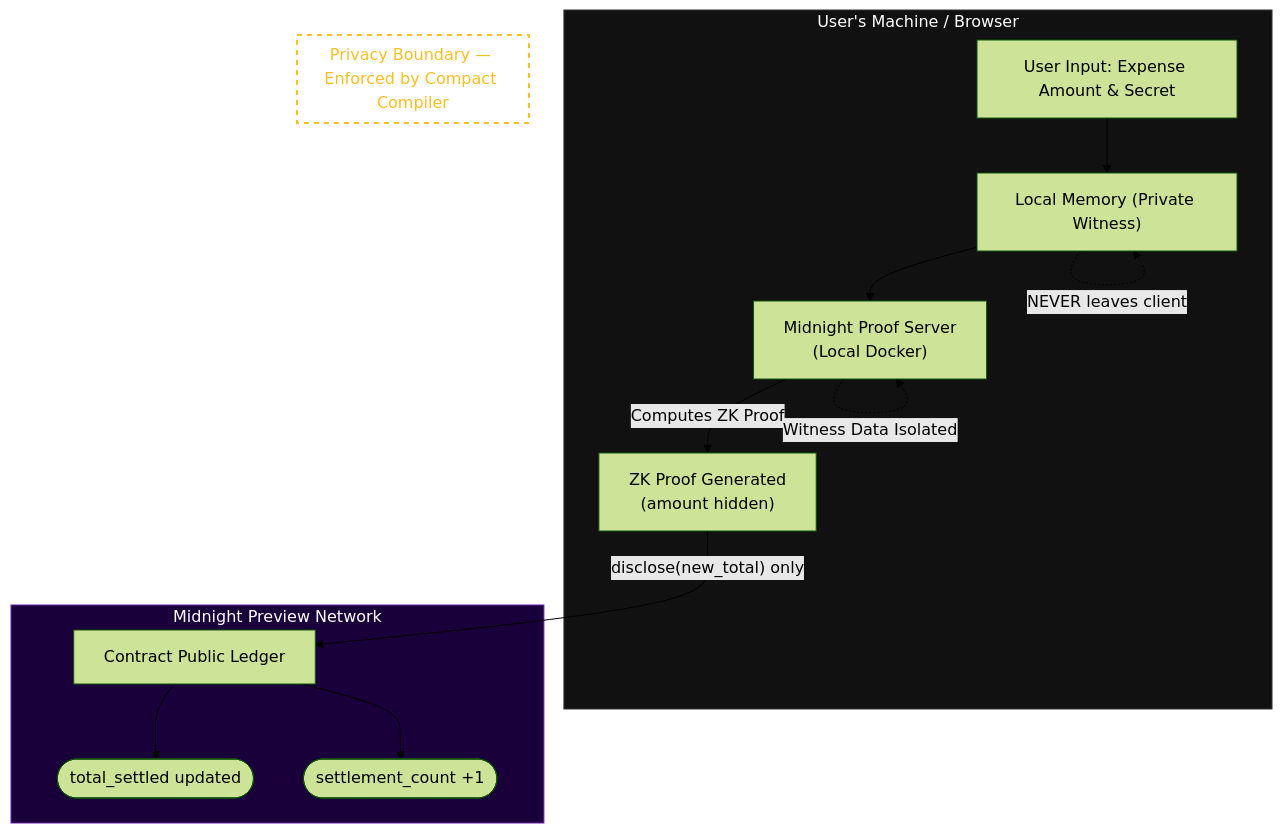
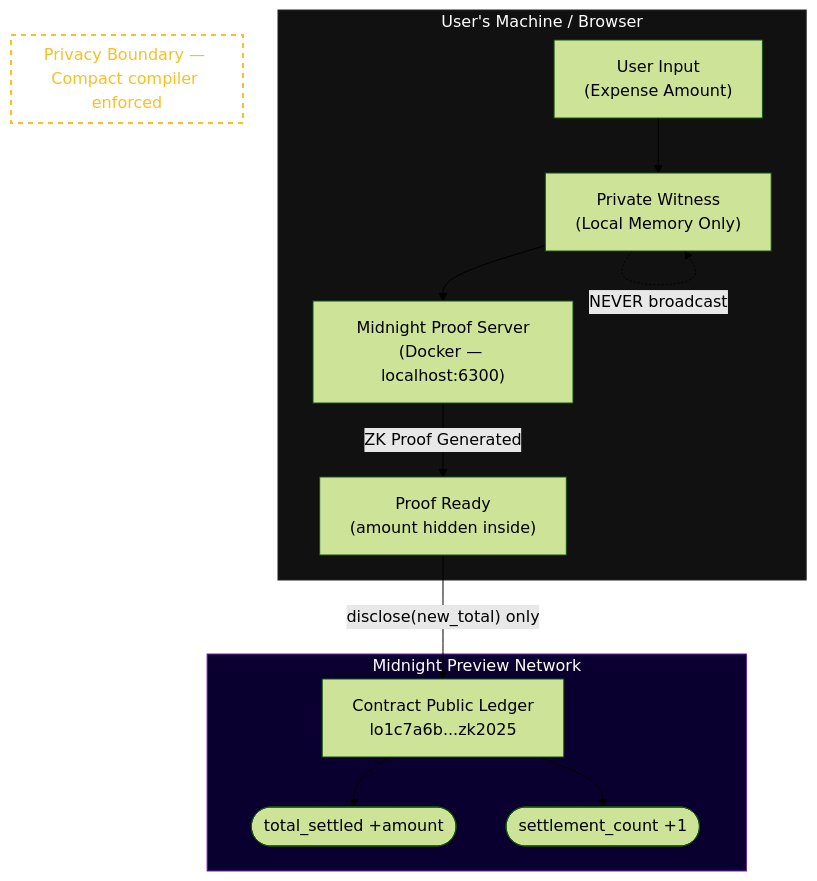
The diagram in README.md (Gokul-social/Midnight_proj), drawn with Mermaid (forest theme) before and after one commit. The commit also changed other lines of this file and 7 other files, not shown here.

````diff
--- a/README.md
+++ b/README.md
@@ -66,23 +187,22 @@
 ```mermaid
 graph TD
     subgraph Local ["User's Machine / Browser"]
-        A["User Input: Expense Amount & Secret"] --> B["Local Memory (Private Witness)"]
-        B --> C["Midnight Proof Server\n(Local Docker)"]
-        C -->|"Computes ZK Proof"| D["ZK Proof Generated\n(amount hidden)"]
+        A["User Input\n(Expense Amount)"] --> B["Private Witness\n(Local Memory Only)"]
+        B --> C["Midnight Proof Server\n(Docker — localhost:6300)"]
+        C -->|"ZK Proof Generated"| D["Proof Ready\n(amount hidden inside)"]
     end
 
     subgraph Chain ["Midnight Preview Network"]
-        D -->|"disclose(new_total) only"| E["Contract Public Ledger"]
-        E --> F(["total_settled updated"])
+        D -->|"disclose(new_total) only"| E["Contract Public Ledger\nlo1c7a6b...zk2025"]
+        E --> F(["total_settled +amount"])
         E --> G(["settlement_count +1"])
     end
 
-    subgraph Privacy ["Privacy Boundary — Enforced by Compact Compiler"]
-        B -.->|"NEVER leaves client"| B
-        C -.->|"Witness Data Isolated"| C
+    subgraph Boundary ["Privacy Boundary — Compact compiler enforced"]
+        B -.->|"NEVER broadcast"| B
     end
 
-    style Local fill:#111,stroke:#333,color:#fff
-    style Chain fill:#1a003a,stroke:#6B21A8,color:#fff
-    style Privacy fill:none,stroke:#fbbf24,stroke-width:2px,stroke-dasharray:5 5,color:#fbbf24
+    style Local fill:#111,stroke:#222,color:#fff
+    style Chain fill:#0a0030,stroke:#6B21A8,color:#fff
+    style Boundary fill:none,stroke:#fbbf24,stroke-width:2px,stroke-dasharray:5 5,color:#fbbf24
 ```
````
